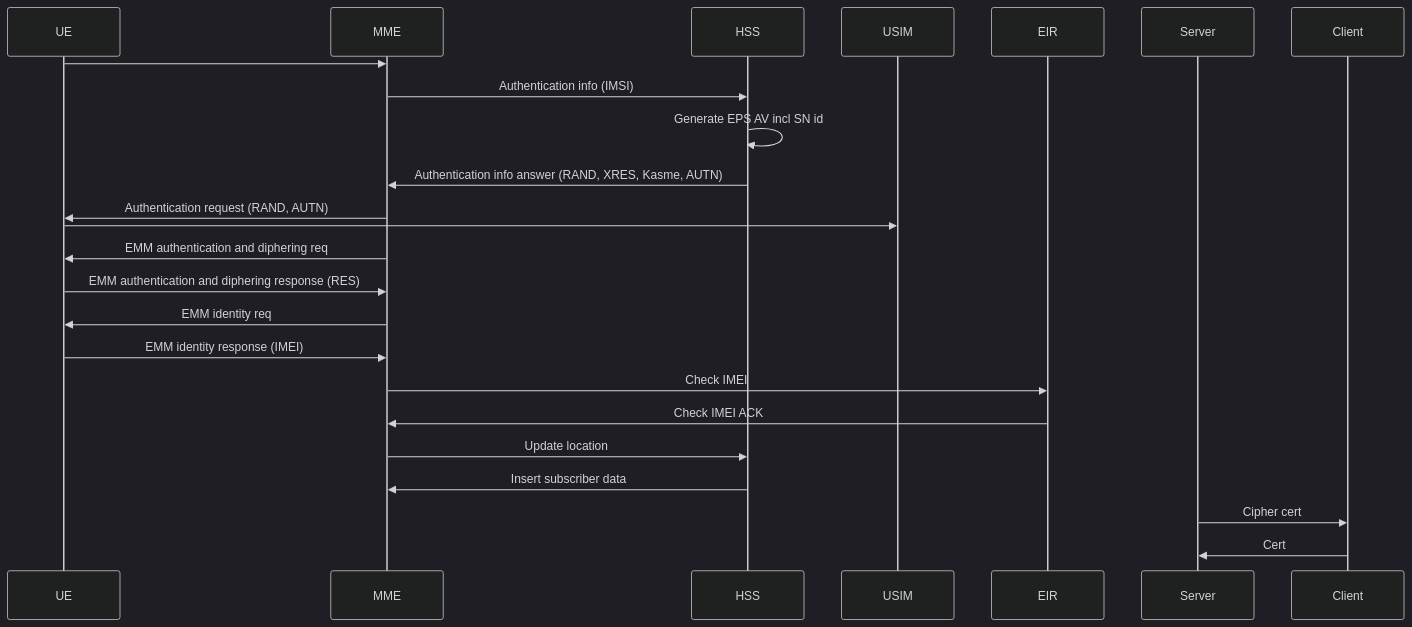
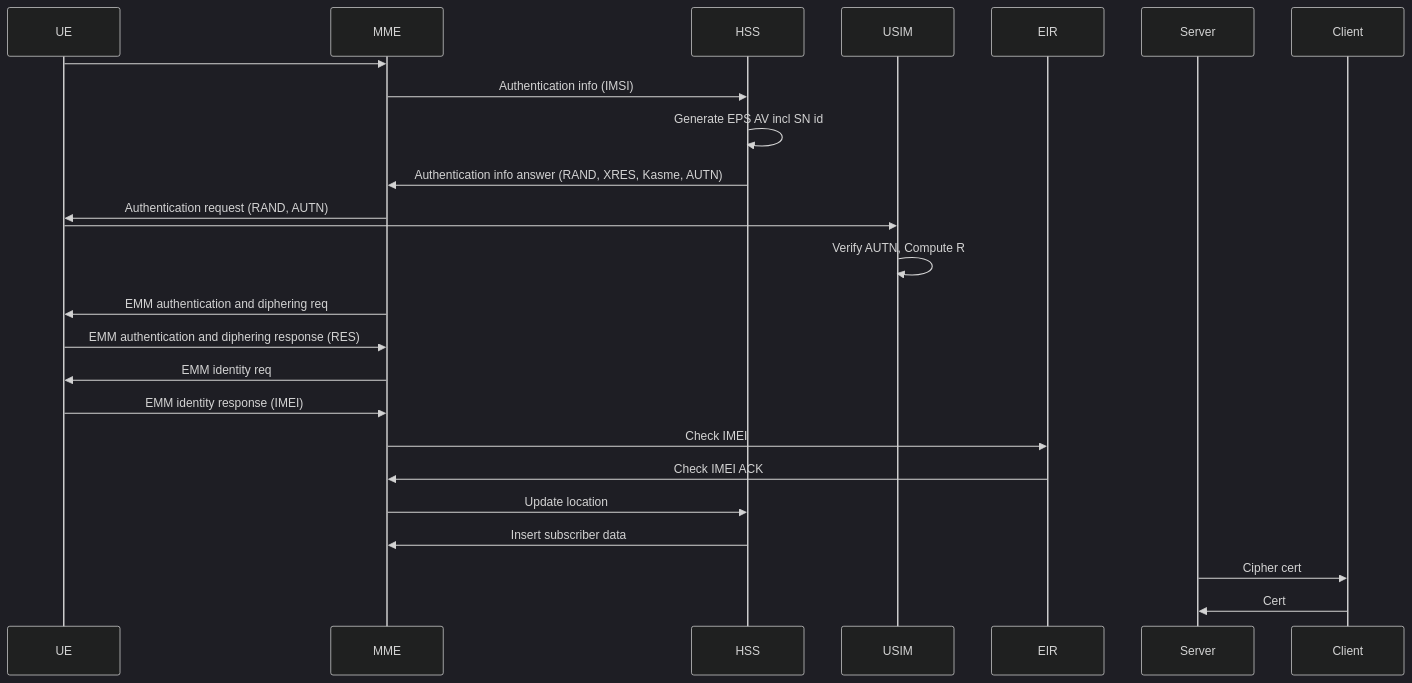
One commit to ThomasRochette/NoteCours changed the diagram in ARM.md. Above: the diagram before and after it, drawn with Mermaid (dark theme). The commit also changed other lines of this file, not shown here.

Commit message:
Uploaded by https://stackedit.io/

````diff
--- a/ARM.md
+++ b/ARM.md
@@ -80,20 +80,21 @@
 ```mermaid
 sequenceDiagram
 UE ->> MME: 
 MME ->> HSS: Authentication info (IMSI)
 HSS ->> HSS: Generate EPS AV incl SN id
 HSS ->> MME: Authentication info answer (RAND, XRES, Kasme, AUTN)
 MME ->> UE: Authentication request (RAND, AUTN)
-UE ->> USIM:  
+UE ->> USIM: 
+USIM ->> USIM: Verify AUTN, Compute R 
 
 MME ->> UE: EMM authentication and diphering req
 UE ->> MME: EMM authentication and diphering response (RES)
 MME ->> UE: EMM identity req
 UE ->> MME: EMM identity response (IMEI)
 MME ->> EIR: Check IMEI
 EIR ->> MME: Check IMEI ACK
 MME ->> HSS: Update location
 HSS ->> MME: Insert subscriber data
 Server ->> Client: Cipher cert
 Client ->> Server: Cert
 ```
````
